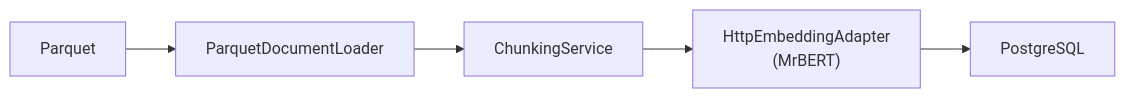
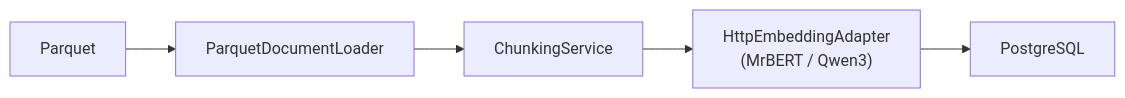
Before and after one commit to sinai-uja/ALIA-demo-patrimonio: the first of 2 diagrams in backend/docs/DATA_MODEL.md, drawn with Mermaid. The commit also changed other lines of this file and 4 other files, not shown here.

````diff
--- a/backend/docs/DATA_MODEL.md
+++ b/backend/docs/DATA_MODEL.md
@@ -272,7 +273,7 @@
 ```mermaid
 flowchart LR
     P["Parquet"] --> PDL["ParquetDocumentLoader"]
     PDL --> CS["ChunkingService"]
-    CS --> HEA["HttpEmbeddingAdapter\n(MrBERT)"]
+    CS --> HEA["HttpEmbeddingAdapter\n(MrBERT / Qwen3)"]
     HEA --> PG["PostgreSQL"]
 ```
````
